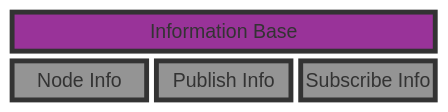
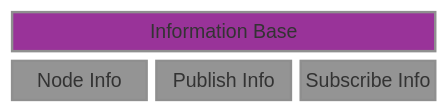
Before and after one commit to Quicr/laps: the tenth of 28 diagrams in docs/relay-protocol.md, drawn with Mermaid (forest theme). The commit also changed other lines of this file and 1 other file, not shown here.

````diff
--- a/docs/relay-protocol.md
+++ b/docs/relay-protocol.md
@@ -433,13 +436,13 @@
 ```mermaid
 block-beta
   ib["Information Base"]:3
   columns 3
     node["Node Info"]
     pub["Publish Info"]
     sub["Subscribe Info"]  
 
-style ib fill:#939,stroke:#333,stroke-width:4px
-style node fill:#949494,color:#3d3d3d,stroke:#333,stroke-width:4px
-style pub fill:#949494,color:#3d3d3d,stroke:#333,stroke-width:4px
-style sub fill:#949494,color:#3d3d3d,stroke:#333,stroke-width:4px
+style ib fill:#939,stroke:#8f8f8f,stroke-width:2px,color:#FFF
+style node fill:#949494,color:#3d3d3d,stroke:#8f8f8f,stroke-width:2px
+style pub fill:#949494,color:#3d3d3d,stroke:#8f8f8f,stroke-width:2px
+style sub fill:#949494,color:#3d3d3d,stroke:#8f8f8f,stroke-width:2px
 ```
````
